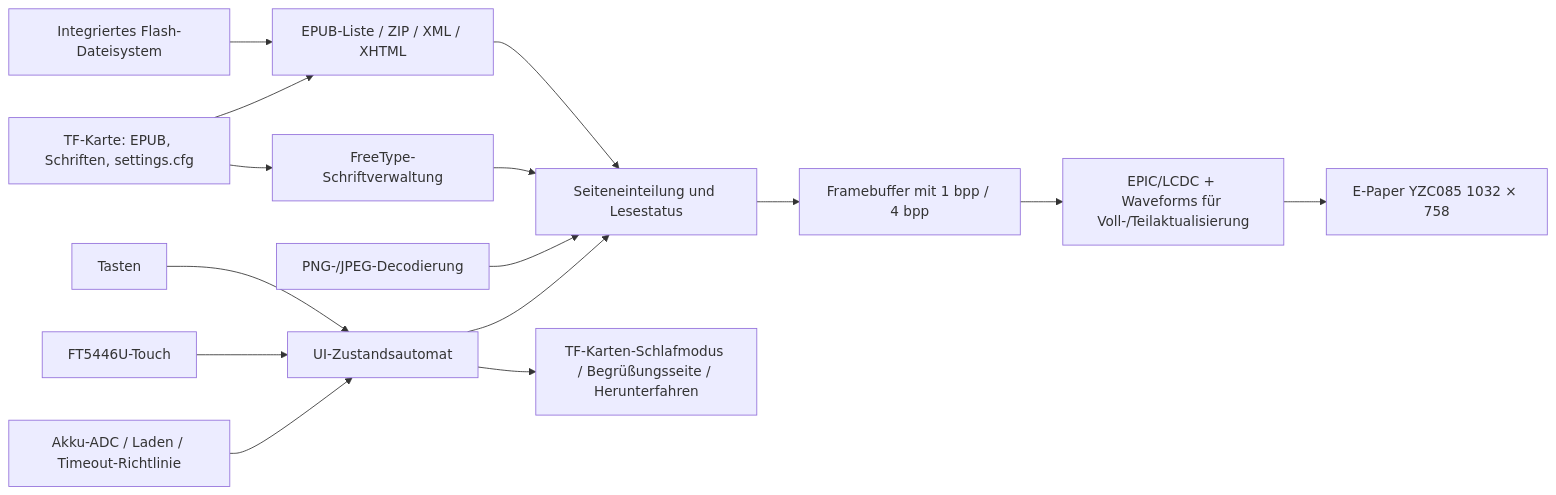
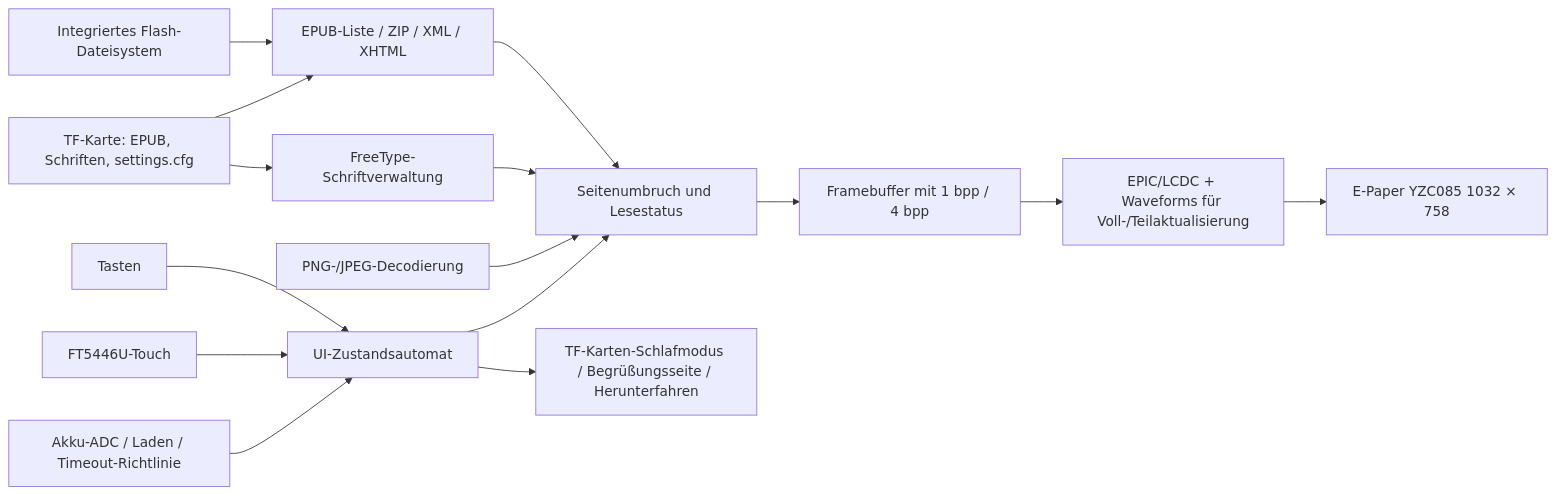
The diagram in docs_de/projects/sf32-epd-reader.md (uForge-io/uforge-site), drawn with Mermaid before and after one commit. The commit also changed other lines of this file and 500 other files, not shown here.

````diff
--- a/docs_de/projects/sf32-epd-reader.md
+++ b/docs_de/projects/sf32-epd-reader.md
@@ -122,17 +122,17 @@
 ```mermaid
 flowchart LR
     FS["Integriertes Flash-Dateisystem"] --> EL["EPUB-Liste / ZIP / XML / XHTML"]
     SD["TF-Karte: EPUB, Schriften, settings.cfg"] --> EL
     SD --> FM["FreeType-Schriftverwaltung"]
-    EL --> LO["Seiteneinteilung und Lesestatus"]
+    EL --> LO["Seitenumbruch und Lesestatus"]
     FM --> LO
     IM["PNG-/JPEG-Decodierung"] --> LO
     BTN["Tasten"] --> UI["UI-Zustandsautomat"]
     TP["FT5446U-Touch"] --> UI
     UI --> LO
     LO --> FB["Framebuffer mit 1 bpp / 4 bpp"]
     FB --> EPD["EPIC/LCDC + Waveforms für Voll-/Teilaktualisierung"]
     EPD --> PANEL["E-Paper YZC085 1032 × 758"]
     BAT["Akku-ADC / Laden / Timeout-Richtlinie"] --> UI
     UI --> PM["TF-Karten-Schlafmodus / Begrüßungsseite / Herunterfahren"]
 ```
````
